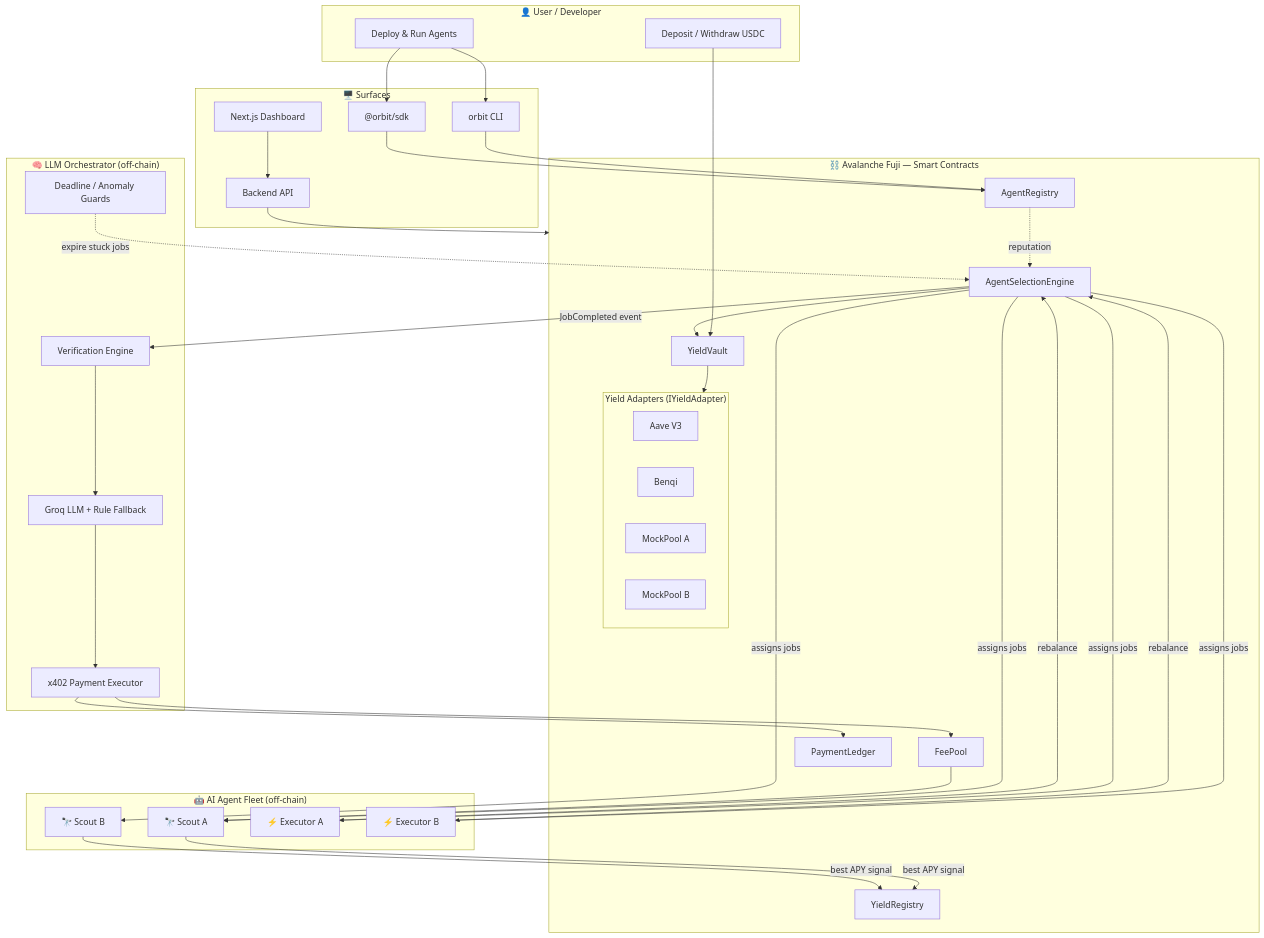
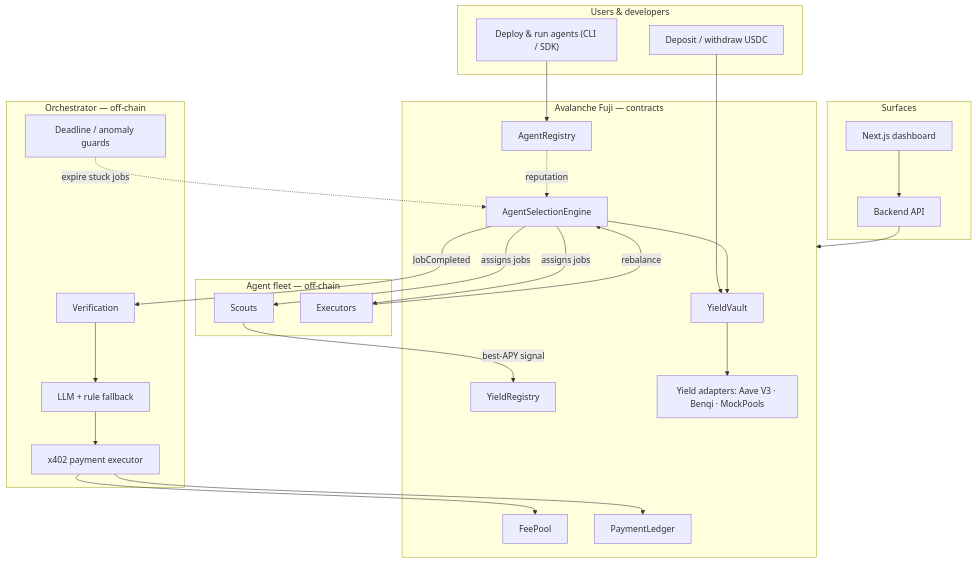
The diagram in README.md (anindhabiswas25/orbit), drawn with Mermaid before and after one commit. The commit also changed other lines of this file and 4 other files, not shown here.

Commit message:
docs: polish README, add Orbit wordmark banner and dashboard preview

````diff
--- a/README.md
+++ b/README.md
@@ -113,56 +72,46 @@
 ```mermaid
 flowchart TB
-    subgraph User["👤 User / Developer"]
-        U[Deposit / Withdraw USDC]
-        DEV[Deploy & Run Agents]
+    subgraph offchain_user["Users & developers"]
+        U["Deposit / withdraw USDC"]
+        DEV["Deploy & run agents (CLI / SDK)"]
     end
 
-    subgraph Agents["🤖 AI Agent Fleet (off-chain)"]
-        S1[🔭 Scout A]
-        S2[🔭 Scout B]
-        E1[⚡ Executor A]
-        E2[⚡ Executor B]
+    subgraph agents["Agent fleet — off-chain"]
+        S["Scouts"]
+        E["Executors"]
     end
 
-    subgraph Chain["⛓️ Avalanche Fuji — Smart Contracts"]
-        VAULT[YieldVault]
-        ENGINE[AgentSelectionEngine]
-        REG[AgentRegistry]
-        YREG[YieldRegistry]
-        FEE[FeePool]
-        LEDGER[PaymentLedger]
-        subgraph Adapters["Yield Adapters (IYieldAdapter)"]
-            AAVE[Aave V3]
-            BENQI[Benqi]
-            MA[MockPool A]
-            MB[MockPool B]
-        end
+    subgraph chain["Avalanche Fuji — contracts"]
+        VAULT["YieldVault"]
+        ENGINE["AgentSelectionEngine"]
+        REG["AgentRegistry"]
+        YREG["YieldRegistry"]
+        FEE["FeePool"]
+        LEDGER["PaymentLedger"]
+        ADAPT["Yield adapters: Aave V3 · Benqi · MockPools"]
     end
 
-    subgraph Orchestrator["🧠 LLM Orchestrator (off-chain)"]
-        VER[Verification Engine]
-        LLM[Groq LLM + Rule Fallback]
-        PAY[x402 Payment Executor]
-        GUARD[Deadline / Anomaly Guards]
+    subgraph orch["Orchestrator — off-chain"]
+        VER["Verification"]
+        LLM["LLM + rule fallback"]
+        PAY["x402 payment executor"]
+        GUARD["Deadline / anomaly guards"]
     end
 
-    subgraph Surfaces["🖥️ Surfaces"]
-        API[Backend API]
-        FE[Next.js Dashboard]
-        CLI[orbit CLI]
-        SDK["@orbit/sdk"]
+    subgraph surfaces["Surfaces"]
+        API["Backend API"]
+        FE["Next.js dashboard"]
     end
 
     U --> VAULT
-    DEV --> CLI --> REG
-    DEV --> SDK --> REG
-    ENGINE -->|assigns jobs| S1 & S2 & E1 & E2
-    S1 & S2 -->|best APY signal| YREG
-    E1 & E2 -->|rebalance| ENGINE --> VAULT --> Adapters
+    DEV --> REG
+    ENGINE -->|assigns jobs| S & E
+    S -->|best-APY signal| YREG
+    E -->|rebalance| ENGINE --> VAULT --> ADAPT
     REG -.reputation.-> ENGINE
-    ENGINE -->|JobCompleted event| VER --> LLM --> PAY --> FEE --> S1
+    ENGINE -->|JobCompleted| VER --> LLM --> PAY --> FEE
     PAY --> LEDGER
     GUARD -.->|expire stuck jobs| ENGINE
-    API --> Chain
+    API --> chain
     FE --> API
 ```
````
